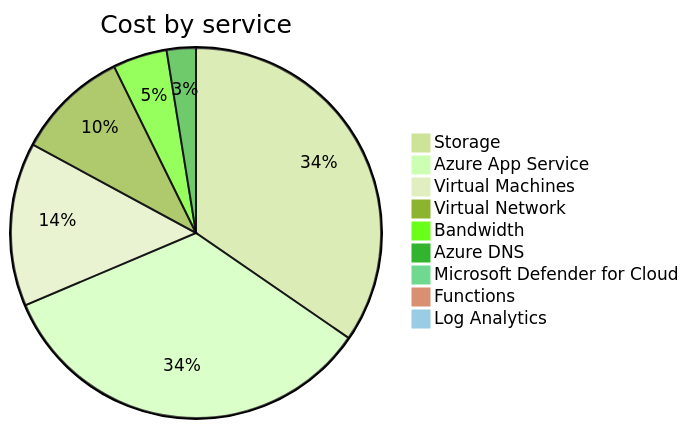
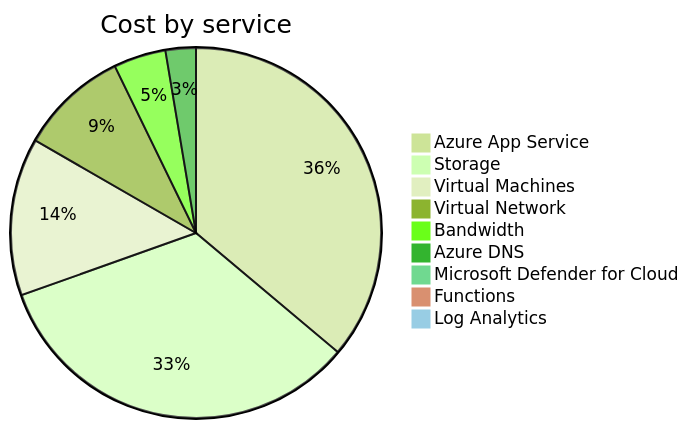
One commit to jpfulton/azure-personal-reports changed the second of 4 diagrams in cost-reports/accumulated-cost.md. Above: the diagram before and after it, drawn with Mermaid (forest theme). The commit also changed other lines of this file and 4 other files, not shown here.

````diff
--- a/cost-reports/accumulated-cost.md
+++ b/cost-reports/accumulated-cost.md
@@ -103,13 +103,13 @@
 ```mermaid
 pie
    title Cost by service
-   "Storage" : 8.70
-   "Azure App Service" : 8.56
+   "Azure App Service" : 9.42
+   "Storage" : 8.72
    "Virtual Machines" : 3.59
    "Virtual Network" : 2.47
    "Bandwidth" : 1.19
-   "Azure DNS" : 0.64
+   "Azure DNS" : 0.69
    "Microsoft Defender for Cloud" : 0.10
    "Functions" : 0.00
    "Log Analytics" : 0.00
 ```
````
